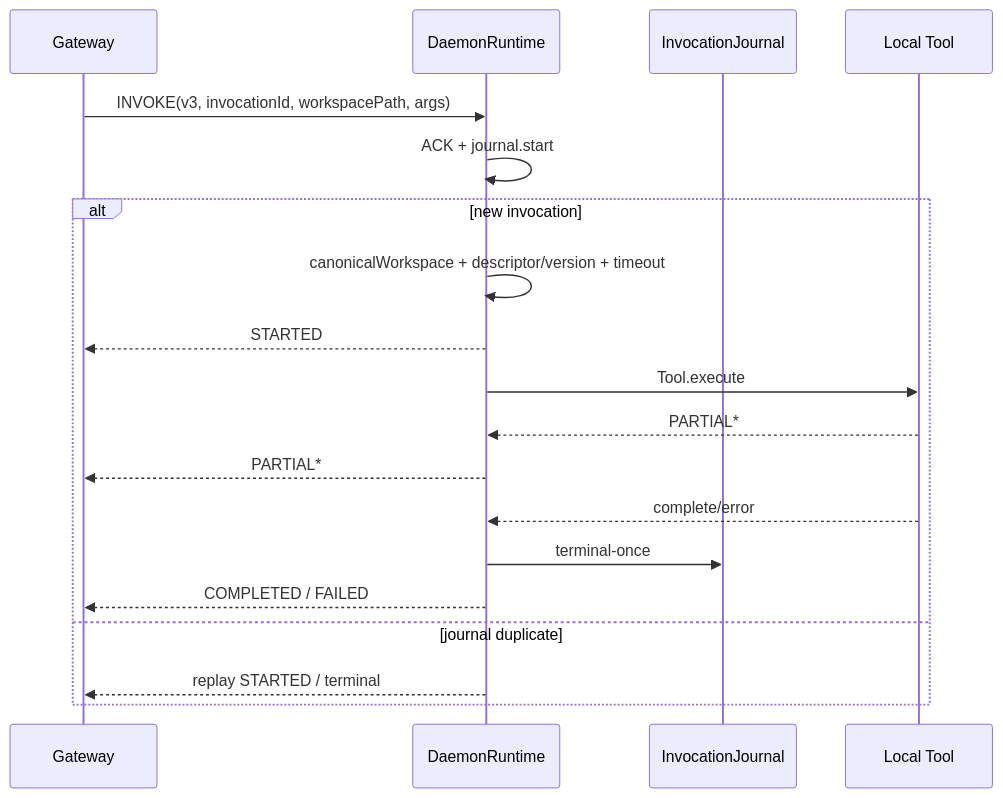
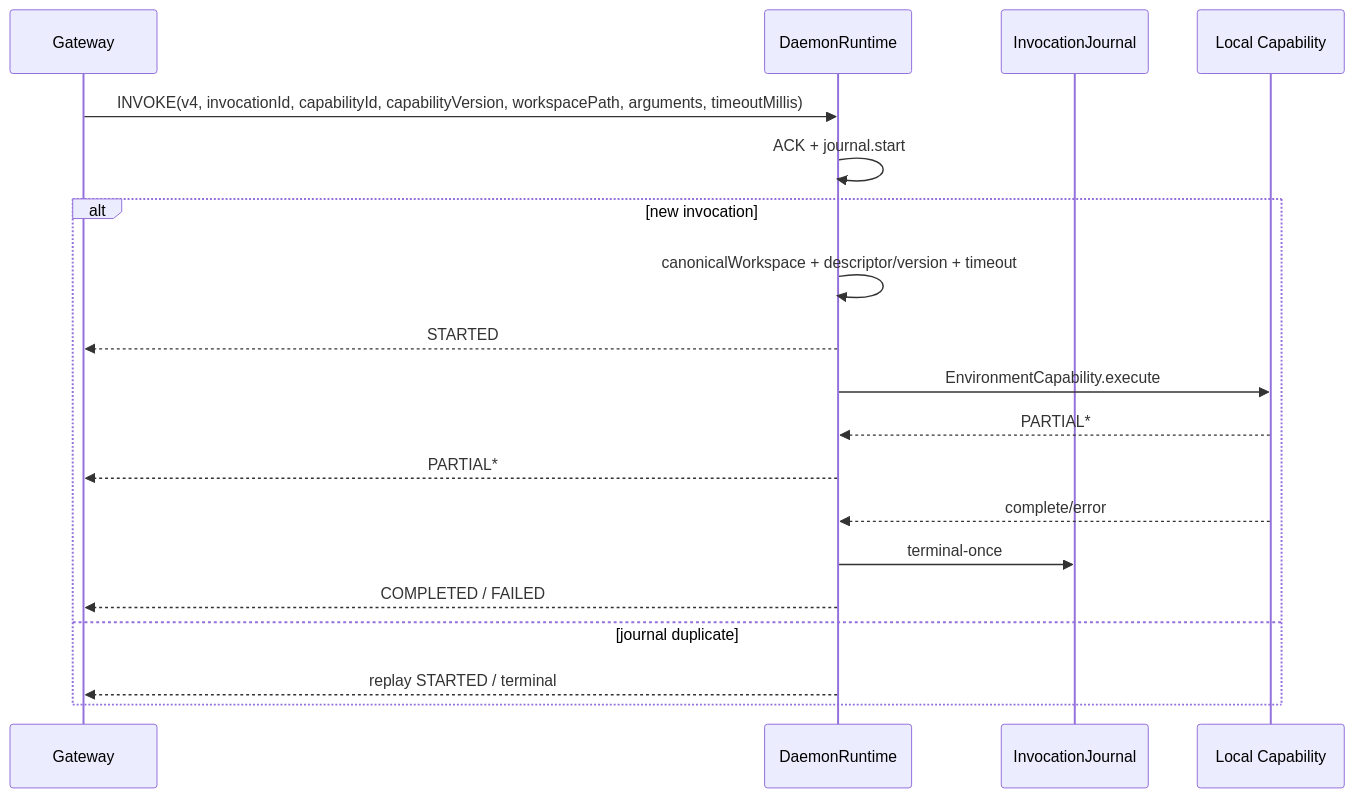
Before and after one commit to fengwk/kk-studio: the diagram in docs/modules/harness-daemon.md, drawn with Mermaid. The commit also changed other lines of this file and 37 other files, not shown here.

````diff
--- a/docs/modules/harness-daemon.md
+++ b/docs/modules/harness-daemon.md
@@ -173,21 +173,21 @@
 ```mermaid
 sequenceDiagram
   participant G as Gateway
   participant D as DaemonRuntime
   participant J as InvocationJournal
-  participant T as Local Tool
-  G->>D: INVOKE(v3, invocationId, workspacePath, args)
+  participant C as Local Capability
+  G->>D: INVOKE(v4, invocationId, capabilityId, capabilityVersion, workspacePath, arguments, timeoutMillis)
   D->>D: ACK + journal.start
   alt new invocation
     D->>D: canonicalWorkspace + descriptor/version + timeout
     D-->>G: STARTED
-    D->>T: Tool.execute
-    T-->>D: PARTIAL*
+    D->>C: EnvironmentCapability.execute
+    C-->>D: PARTIAL*
     D-->>G: PARTIAL*
-    T-->>D: complete/error
+    C-->>D: complete/error
     D->>J: terminal-once
     D-->>G: COMPLETED / FAILED
   else journal duplicate
     D-->>G: replay STARTED / terminal
   end
 ```
````
